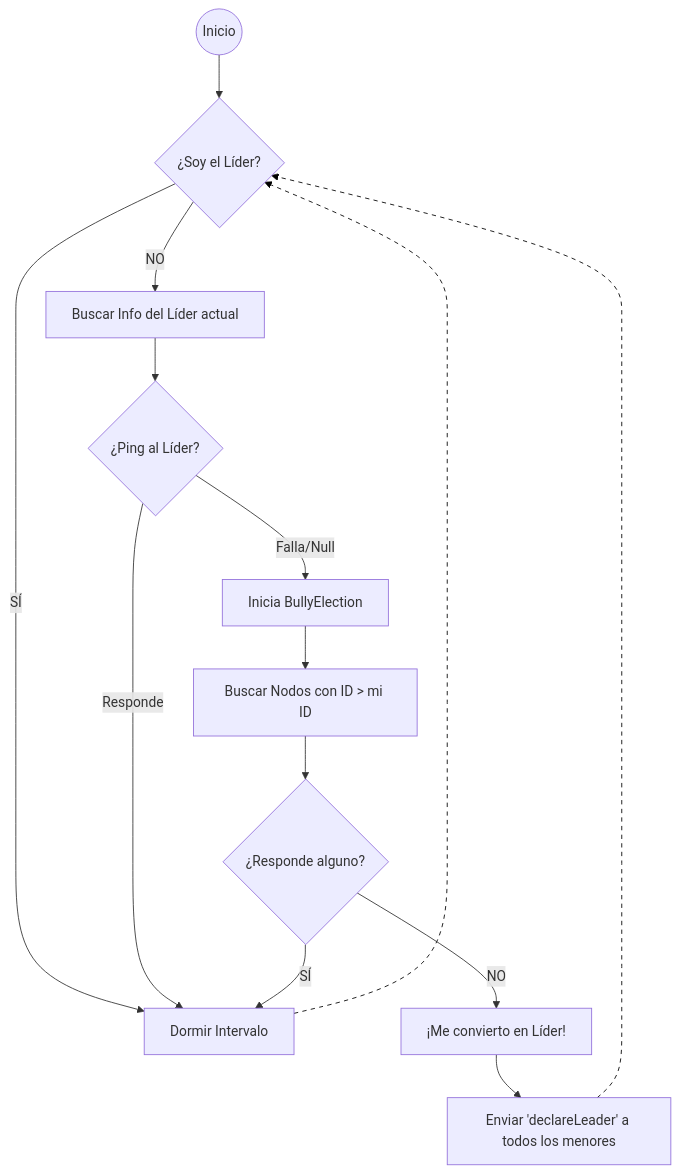
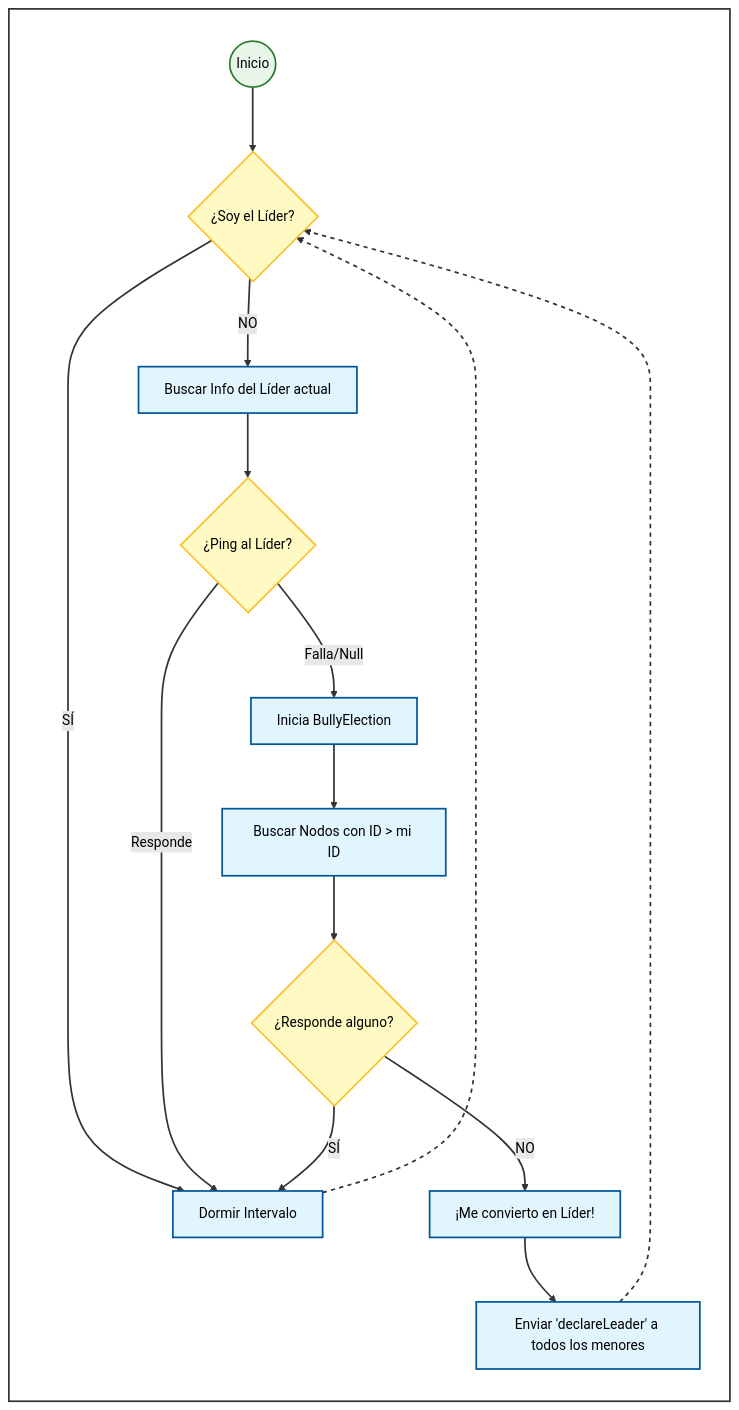
The second of 4 diagrams in README.md (Franpm1/EditorTexto), drawn with Mermaid before and after one commit. The commit also changed other lines of this file, not shown here.

````diff
--- a/README.md
+++ b/README.md
@@ -4,36 +65,33 @@
 ``` mermaid
-flowchart TD
-    Start((Inicio)) --> CheckLeader{¿Soy el Líder?}
-    
-    %% Bucle principal si soy líder
-    CheckLeader -- SÍ --> Sleep[Dormir Intervalo]
-    Sleep --> CheckLeader
-    
-    %% Si NO soy líder
-    CheckLeader -- NO --> FindLeader[Buscar Info del Líder actual]
-    FindLeader --> PingLeader{¿Ping al Líder?}
-    
-    %% Si el líder responde, vuelvo a dormir
-    PingLeader -- Responde --> Sleep
-    
-    %% Si el líder falla, inicio la lógica de elección (SIN SUBGRAPH)
-    PingLeader -- Falla/Null --> Election[Inicia BullyElection]
-    
-    Election --> SearchHigher[Buscar Nodos con ID > mi ID]
-    SearchHigher --> HigherExists{¿Responde alguno?}
-    
-    %% Si existe uno mayor, simplemente duermo y espero
-    HigherExists -- SÍ --> Sleep
-    
-    %% Si no hay nadie mayor, tomo el liderazgo
-    HigherExists -- NO --> BecomeLeader[¡Me convierto en Líder!]
-    BecomeLeader --> Declare[Enviar 'declareLeader' a todos los menores]
-    
-    %% Vuelta al inicio
-    Declare --> CheckLeader
+---
+config:
+  theme: forest
+  look: classic
+---
+graph TD
+    classDef start fill:#e8f5e9,stroke:#2e7d32,stroke-width:2px,color:black;
+    classDef decision fill:#fff9c4,stroke:#fbc02d,stroke-width:2px,color:black;
+    classDef process fill:#e1f5fe,stroke:#01579b,stroke-width:2px,color:black;
+    style AlgoritmoBully fill:#ffffff,stroke:#333,stroke-width:2px,color:black
 
-    %% ESTILOS
-    %% linkStyle 2 es Sleep --> CheckLeader (negra discontinua)
-    %% linkStyle 12 es Declare --> CheckLeader (negra discontinua)
-    linkStyle 2,12 stroke:black,stroke-width:1px,stroke-dasharray: 5 5;
+    subgraph AlgoritmoBully [ ]
+        direction TB
+        
+        Start((Inicio)):::start --> CheckLeader{¿Soy el Líder?}:::decision
+        CheckLeader -- SÍ --> Sleep[Dormir Intervalo]:::process
+        Sleep --> CheckLeader
+        CheckLeader -- NO --> FindLeader[Buscar Info del Líder actual]:::process
+        FindLeader --> PingLeader{¿Ping al Líder?}:::decision
+        PingLeader -- Responde --> Sleep
+        PingLeader -- Falla/Null --> Election[Inicia BullyElection]:::process
+        
+        Election --> SearchHigher[Buscar Nodos con ID > mi ID]:::process
+        SearchHigher --> HigherExists{¿Responde alguno?}:::decision
+        HigherExists -- SÍ --> Sleep
+        HigherExists -- NO --> BecomeLeader[¡Me convierto en Líder!]:::process
+        BecomeLeader --> Declare[Enviar 'declareLeader' a todos los menores]:::process
+        Declare --> CheckLeader
+    end
+    linkStyle 2,12 stroke:#333,stroke-width:2px,stroke-dasharray: 5 5;
+    linkStyle 0,1,3,4,5,6,7,8,9,10,11 stroke:#333,stroke-width:2px;
 ```
````
